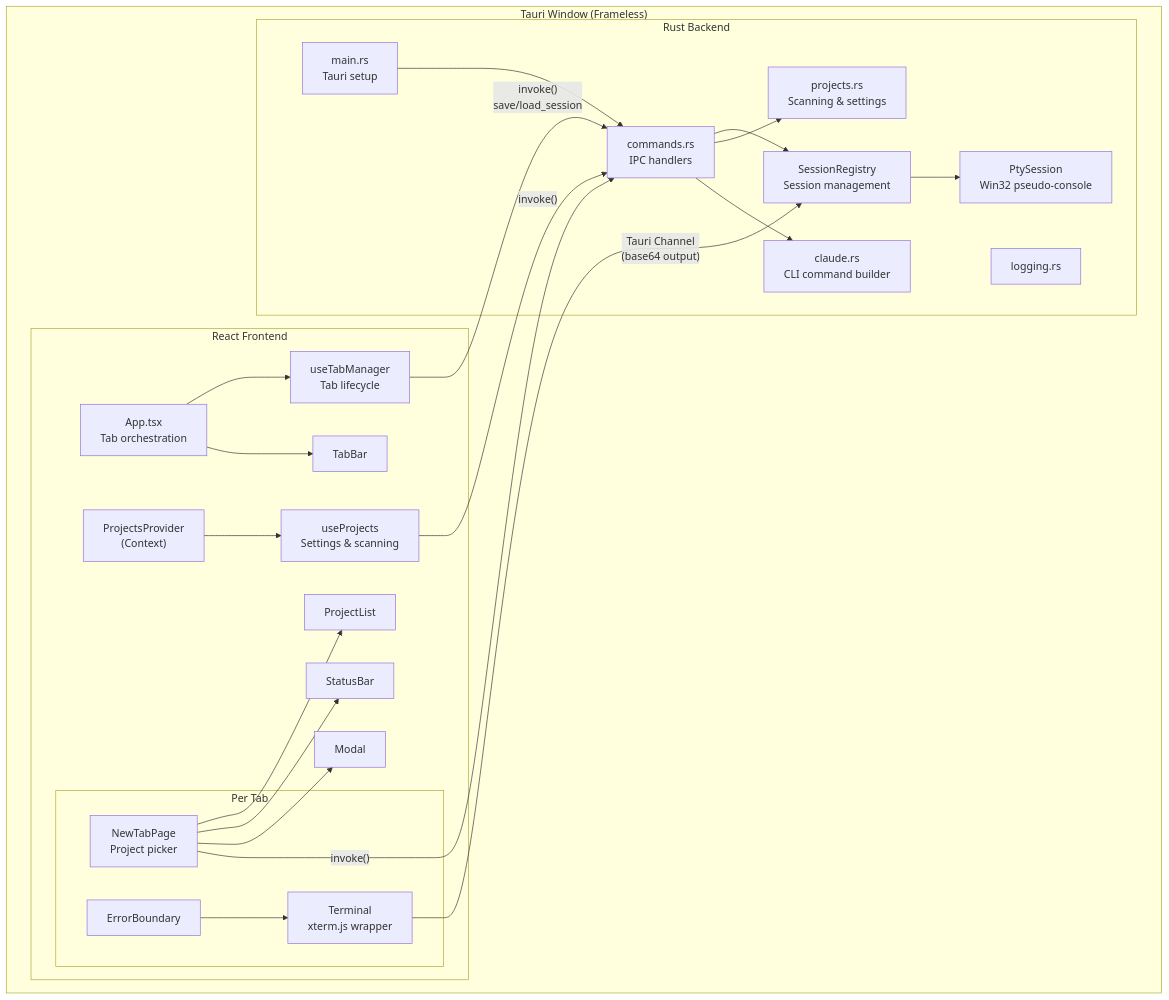
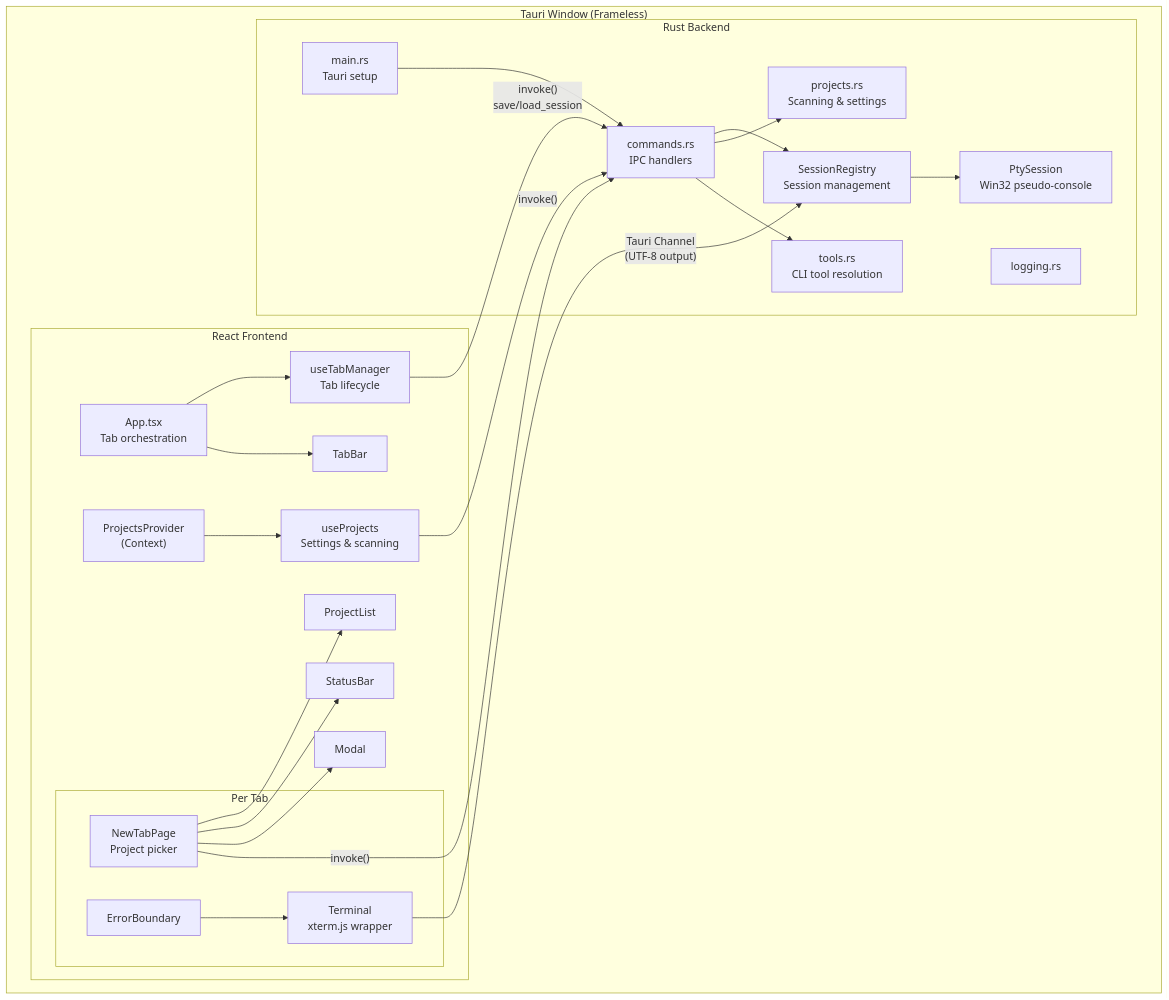
One commit to acaprino/claude-code-launcher changed the first of 2 diagrams in docs/TECHNICAL.md. Above: the diagram before and after it, drawn with Mermaid. The commit also changed other lines of this file and 1 other file, not shown here.

````diff
--- a/docs/TECHNICAL.md
+++ b/docs/TECHNICAL.md
@@ -106,52 +108,52 @@
 ```mermaid
 graph TB
     subgraph "Tauri Window (Frameless)"
         subgraph "React Frontend"
             App["App.tsx<br/>Tab orchestration"]
             PP["ProjectsProvider<br/>(Context)"]
             TM["useTabManager<br/>Tab lifecycle"]
             UP["useProjects<br/>Settings & scanning"]
 
             App --> TM
             PP --> UP
 
             subgraph "Per Tab"
                 NTP["NewTabPage<br/>Project picker"]
                 TER["Terminal<br/>xterm.js wrapper"]
                 EB["ErrorBoundary"]
             end
 
             TB["TabBar"]
             SB["StatusBar"]
             PL["ProjectList"]
             MOD["Modal"]
 
             App --> TB
             NTP --> PL
             NTP --> SB
             NTP --> MOD
             EB --> TER
         end
 
         subgraph "Rust Backend"
             MAIN["main.rs<br/>Tauri setup"]
             CMD["commands.rs<br/>IPC handlers"]
             SR["SessionRegistry<br/>Session management"]
             PTY["PtySession<br/>Win32 pseudo-console"]
             PROJ["projects.rs<br/>Scanning & settings"]
-            CL["claude.rs<br/>CLI command builder"]
+            CL["tools.rs<br/>CLI tool resolution"]
             LOG["logging.rs"]
 
             MAIN --> CMD
             CMD --> SR
             CMD --> PROJ
             CMD --> CL
             SR --> PTY
         end
     end
 
-    TER -- "Tauri Channel<br/>(base64 output)" --> SR
+    TER -- "Tauri Channel<br/>(UTF-8 output)" --> SR
     NTP -- "invoke()" --> CMD
     UP -- "invoke()" --> CMD
     TM -- "invoke()<br/>save/load_session" --> CMD
 ```
````
